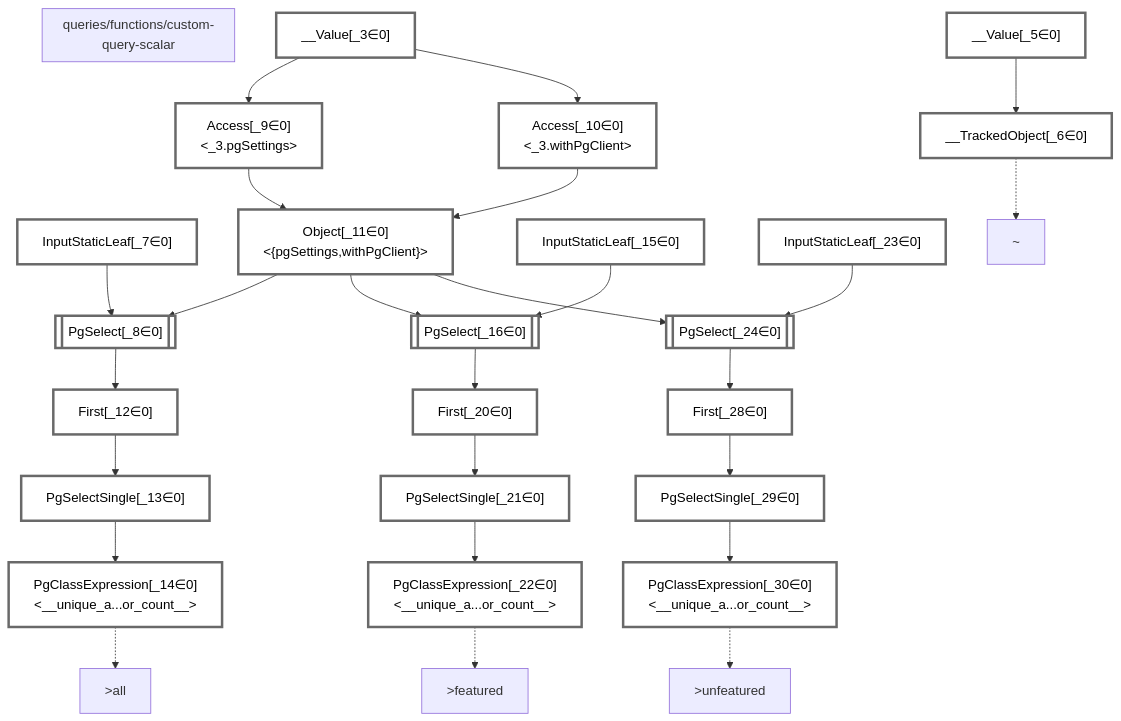
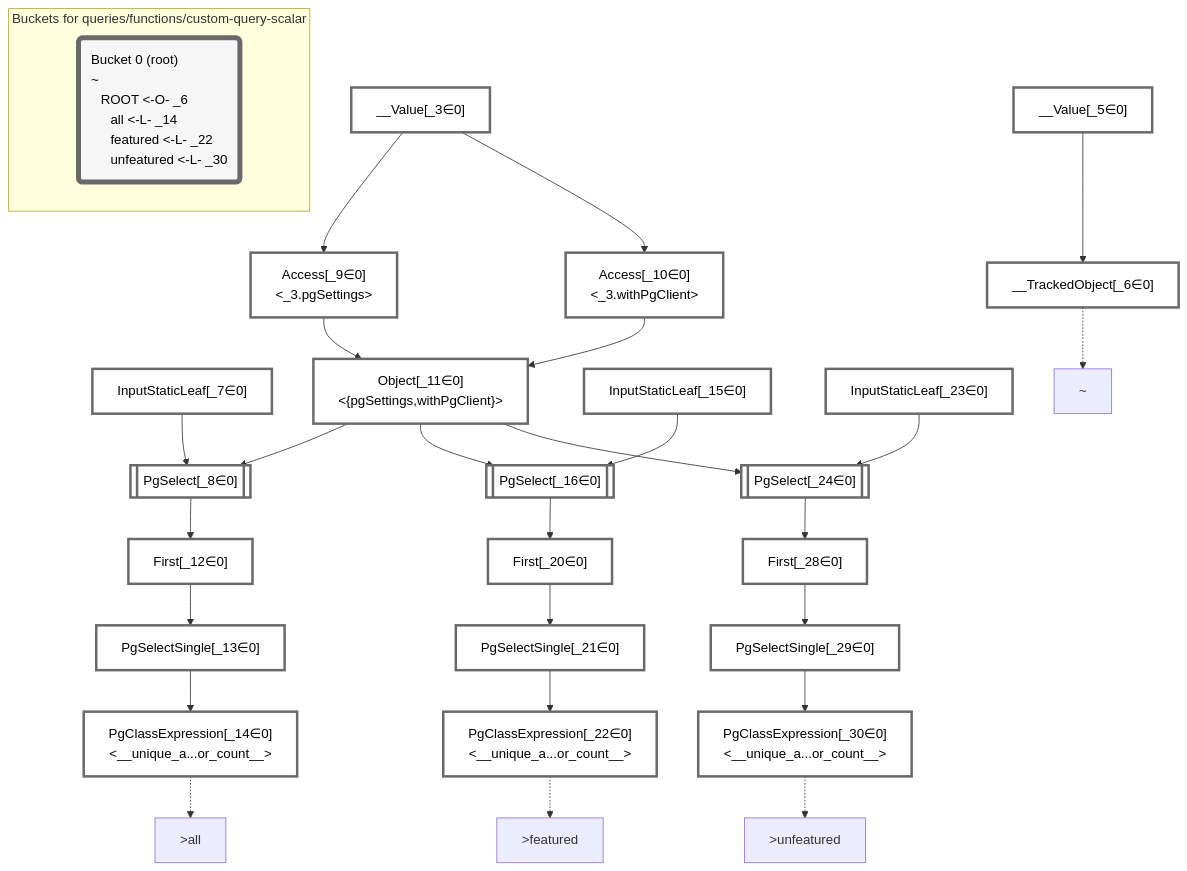
One commit to graphile/crystal changed the diagram in packages/dataplan-pg/__tests__/queries/functions/custom-query-scalar.deopt.mermaid.md. Above: the diagram before and after it, drawn with Mermaid. The commit also changed 37 other files, not shown here.

Commit message:
Buckets for all tests

````diff
--- a/packages/dataplan-pg/__tests__/queries/functions/custom-query-scalar.deopt.mermaid.md
+++ b/packages/dataplan-pg/__tests__/queries/functions/custom-query-scalar.deopt.mermaid.md
@@ -1,70 +1,73 @@
 ```mermaid
 graph TD
-    subgraph "queries/functions/custom-query-scalar"
-    end
     classDef path fill:#eee,stroke:#000,color:#000
     classDef plan fill:#fff,stroke-width:3px,color:#000
     classDef itemplan fill:#fff,stroke-width:6px,color:#000
     classDef sideeffectplan fill:#f00,stroke-width:6px,color:#000
     classDef bucket fill:#f6f6f6,color:#000,stroke-width:6px,text-align:left
 
 
     %% define plans
     __Value_3["__Value[_3∈0]<br /><context>"]:::plan
     __Value_5["__Value[_5∈0]<br /><rootValue>"]:::plan
     __TrackedObject_6["__TrackedObject[_6∈0]"]:::plan
     InputStaticLeaf_7["InputStaticLeaf[_7∈0]"]:::plan
     PgSelect_8[["PgSelect[_8∈0]<br /><unique_author_count>"]]:::plan
     Access_9["Access[_9∈0]<br /><_3.pgSettings>"]:::plan
     Access_10["Access[_10∈0]<br /><_3.withPgClient>"]:::plan
     Object_11["Object[_11∈0]<br /><{pgSettings,withPgClient}>"]:::plan
     First_12["First[_12∈0]"]:::plan
     PgSelectSingle_13["PgSelectSingle[_13∈0]<br /><unique_author_count>"]:::plan
     PgClassExpression_14["PgClassExpression[_14∈0]<br /><__unique_a...or_count__>"]:::plan
     InputStaticLeaf_15["InputStaticLeaf[_15∈0]"]:::plan
     PgSelect_16[["PgSelect[_16∈0]<br /><unique_author_count>"]]:::plan
     First_20["First[_20∈0]"]:::plan
     PgSelectSingle_21["PgSelectSingle[_21∈0]<br /><unique_author_count>"]:::plan
     PgClassExpression_22["PgClassExpression[_22∈0]<br /><__unique_a...or_count__>"]:::plan
     InputStaticLeaf_23["InputStaticLeaf[_23∈0]"]:::plan
     PgSelect_24[["PgSelect[_24∈0]<br /><unique_author_count>"]]:::plan
     First_28["First[_28∈0]"]:::plan
     PgSelectSingle_29["PgSelectSingle[_29∈0]<br /><unique_author_count>"]:::plan
     PgClassExpression_30["PgClassExpression[_30∈0]<br /><__unique_a...or_count__>"]:::plan
 
     %% plan dependencies
     __Value_5 --> __TrackedObject_6
     Object_11 --> PgSelect_8
     InputStaticLeaf_7 --> PgSelect_8
     __Value_3 --> Access_9
     __Value_3 --> Access_10
     Access_9 --> Object_11
     Access_10 --> Object_11
     PgSelect_8 --> First_12
     First_12 --> PgSelectSingle_13
     PgSelectSingle_13 --> PgClassExpression_14
     Object_11 --> PgSelect_16
     InputStaticLeaf_15 --> PgSelect_16
     PgSelect_16 --> First_20
     First_20 --> PgSelectSingle_21
     PgSelectSingle_21 --> PgClassExpression_22
     Object_11 --> PgSelect_24
     InputStaticLeaf_23 --> PgSelect_24
     PgSelect_24 --> First_28
     First_28 --> PgSelectSingle_29
     PgSelectSingle_29 --> PgClassExpression_30
 
     %% plan-to-path relationships
     P_6["~"]
     __TrackedObject_6 -.-> P_6
     P_14[">all"]
     PgClassExpression_14 -.-> P_14
     P_22[">featured"]
     PgClassExpression_22 -.-> P_22
     P_30[">unfeatured"]
     PgClassExpression_30 -.-> P_30
 
     %% allocate buckets
     classDef bucket0 stroke:#696969
     class __Value_3,__Value_5,__TrackedObject_6,InputStaticLeaf_7,PgSelect_8,Access_9,Access_10,Object_11,First_12,PgSelectSingle_13,PgClassExpression_14,InputStaticLeaf_15,PgSelect_16,First_20,PgSelectSingle_21,PgClassExpression_22,InputStaticLeaf_23,PgSelect_24,First_28,PgSelectSingle_29,PgClassExpression_30 bucket0
+
+    subgraph "Buckets for queries/functions/custom-query-scalar"
+    Bucket0("Bucket 0 (root)<br />~<br />⠀ROOT <-O- _6<br />⠀⠀all <-L- _14<br />⠀⠀featured <-L- _22<br />⠀⠀unfeatured <-L- _30"):::bucket
+    style Bucket0 stroke:#696969
+    end
 ```
````
